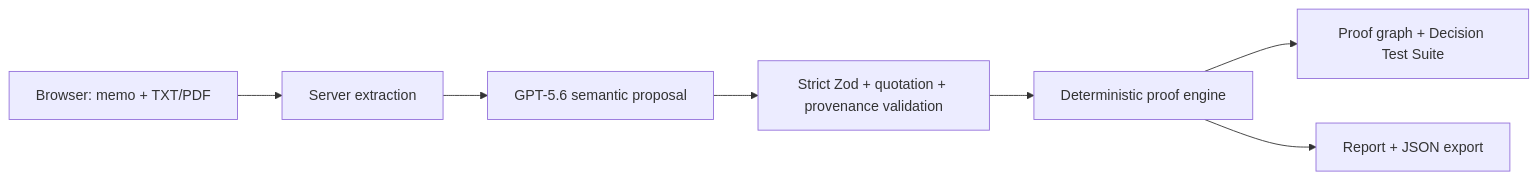
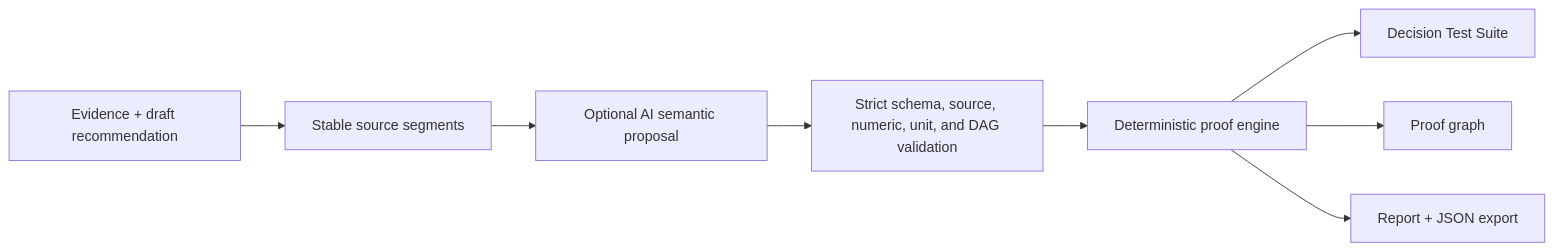
Before and after one commit to UMBR-A/decispec: the diagram in README.md, drawn with Mermaid. The commit also changed other lines of this file and 6 other files, not shown here.

````diff
--- a/README.md
+++ b/README.md
@@ -22,9 +56,10 @@
 ```mermaid
 flowchart LR
-  B["Browser: memo + TXT/PDF"] --> X["Server extraction"]
-  X --> O["GPT-5.6 semantic proposal"]
-  O --> Z["Strict Zod + quotation + provenance validation"]
-  Z --> E["Deterministic proof engine"]
-  E --> G["Proof graph + Decision Test Suite"]
+  U["Evidence + draft recommendation"] --> S["Stable source segments"]
+  S --> P["Optional AI semantic proposal"]
+  P --> V["Strict schema, source, numeric, unit, and DAG validation"]
+  V --> E["Deterministic proof engine"]
+  E --> T["Decision Test Suite"]
+  E --> G["Proof graph"]
   E --> R["Report + JSON export"]
 ```
````
